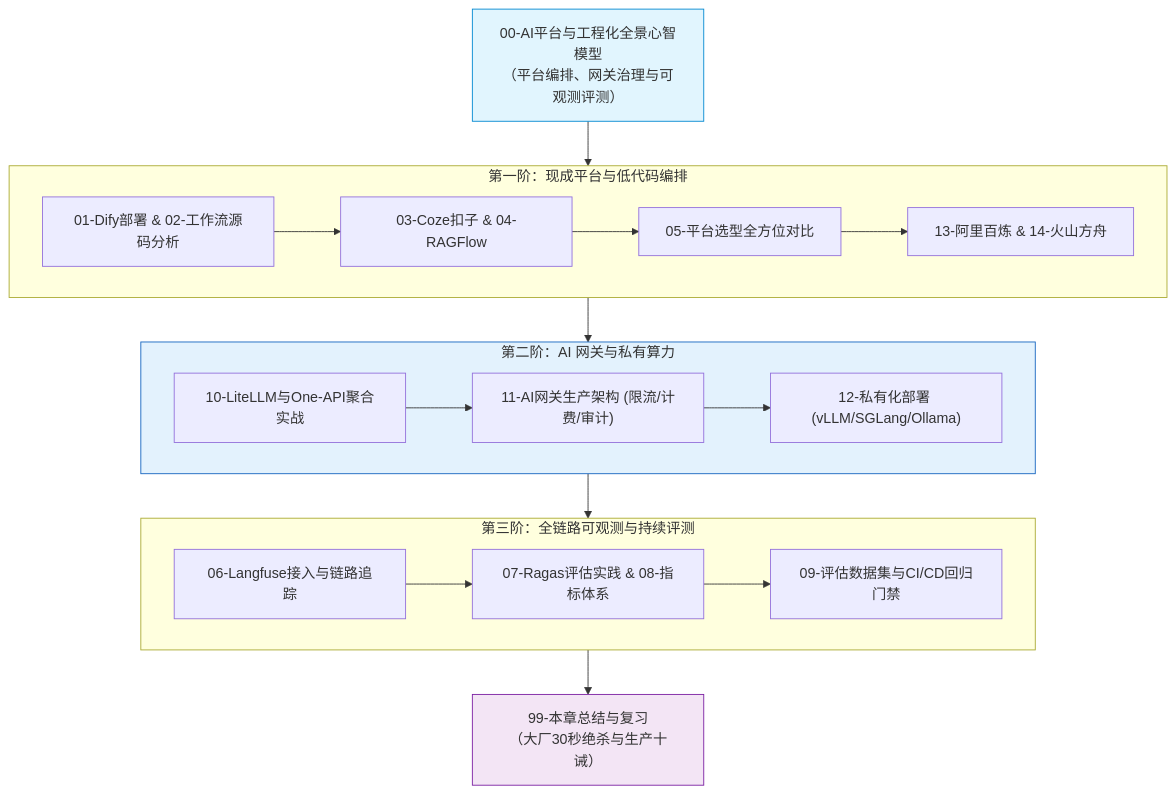
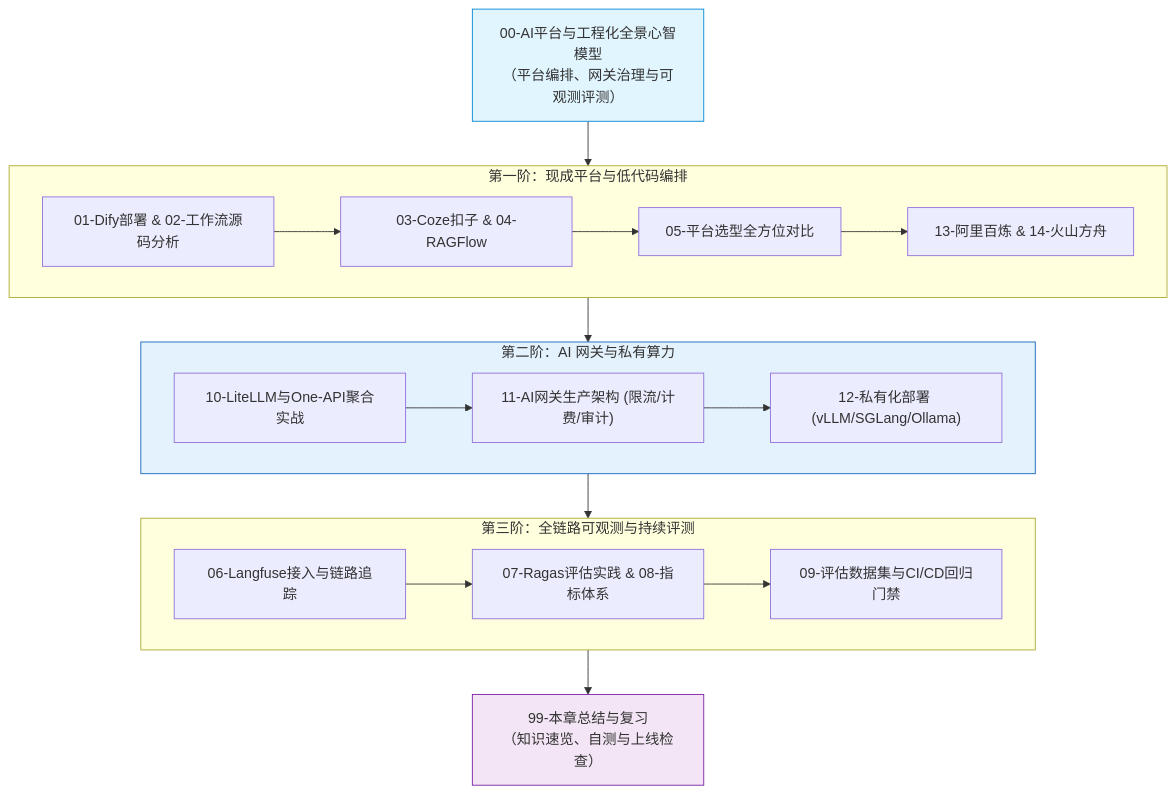
The diagram in 10-AI应用开发/06-平台与工程化/_index.md (GuoWWWX/knowledge-base), drawn with Mermaid before and after one commit. The commit also changed other lines of this file and 368 other files, not shown here.

````diff
--- a/10-AI应用开发/06-平台与工程化/_index.md
+++ b/10-AI应用开发/06-平台与工程化/_index.md
@@ -22,31 +22,31 @@
 ```mermaid
 flowchart TD
     M0["00-AI平台与工程化全景心智模型<br/>（平台编排、网关治理与可观测评测）"] --> S1
 
     subgraph S1["第一阶：现成平台与低代码编排"]
         A1["01-Dify部署 & 02-工作流源码分析"]
         A1 --> A2["03-Coze扣子 & 04-RAGFlow"]
         A2 --> A3["05-平台选型全方位对比"]
         A3 --> A4["13-阿里百炼 & 14-火山方舟"]
     end
 
     subgraph S2["第二阶：AI 网关与私有算力"]
         B1["10-LiteLLM与One-API聚合实战"]
         B1 --> B2["11-AI网关生产架构 (限流/计费/审计)"]
         B2 --> B3["12-私有化部署 (vLLM/SGLang/Ollama)"]
     end
 
     subgraph S3["第三阶：全链路可观测与持续评测"]
         C1["06-Langfuse接入与链路追踪"]
         C1 --> C2["07-Ragas评估实践 & 08-指标体系"]
         C2 --> C3["09-评估数据集与CI/CD回归门禁"]
     end
 
     S1 --> S2
     S2 --> S3
-    S3 --> FIN["99-本章总结与复习<br/>（大厂30秒绝杀与生产十诫）"]
+    S3 --> FIN["99-本章总结与复习<br/>（知识速览、自测与上线检查）"]
 
     style M0 fill:#e1f5fe,stroke:#0288d1,stroke-width:1px
     style S2 fill:#e3f2fd,stroke:#1565c0,stroke-width:1px
     style FIN fill:#f3e5f5,stroke:#7b1fa2,stroke-width:1px
 ```
````
